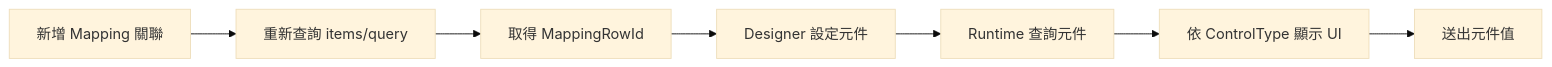
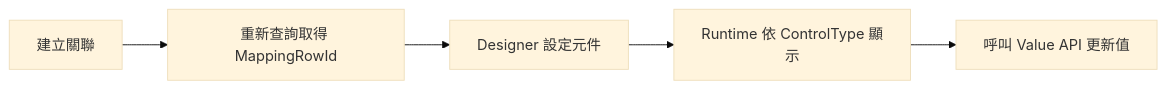
One commit to Andy61490963/DcMateH5Api changed the diagram in src/DcMateH5Api/docs/multiple-mapping-components-frontend-guide.md. Above: the diagram before and after it, drawn with Mermaid (base theme). The commit also changed other lines of this file, not shown here.

````diff
--- a/src/DcMateH5Api/docs/multiple-mapping-components-frontend-guide.md
+++ b/src/DcMateH5Api/docs/multiple-mapping-components-frontend-guide.md
@@ -101,9 +31,7 @@
 ```mermaid
 flowchart LR
-    A["新增 Mapping 關聯"] --> B["重新查詢 items/query"]
-    B --> C["取得 MappingRowId"]
-    C --> D["Designer 設定元件"]
-    D --> E["Runtime 查詢元件"]
-    E --> F["依 ControlType 顯示 UI"]
-    F --> G["送出元件值"]
+    A["建立關聯"] --> B["重新查詢取得 MappingRowId"]
+    B --> C["Designer 設定元件"]
+    C --> D["Runtime 依 ControlType 顯示"]
+    D --> E["呼叫 Value API 更新值"]
 ```
````
